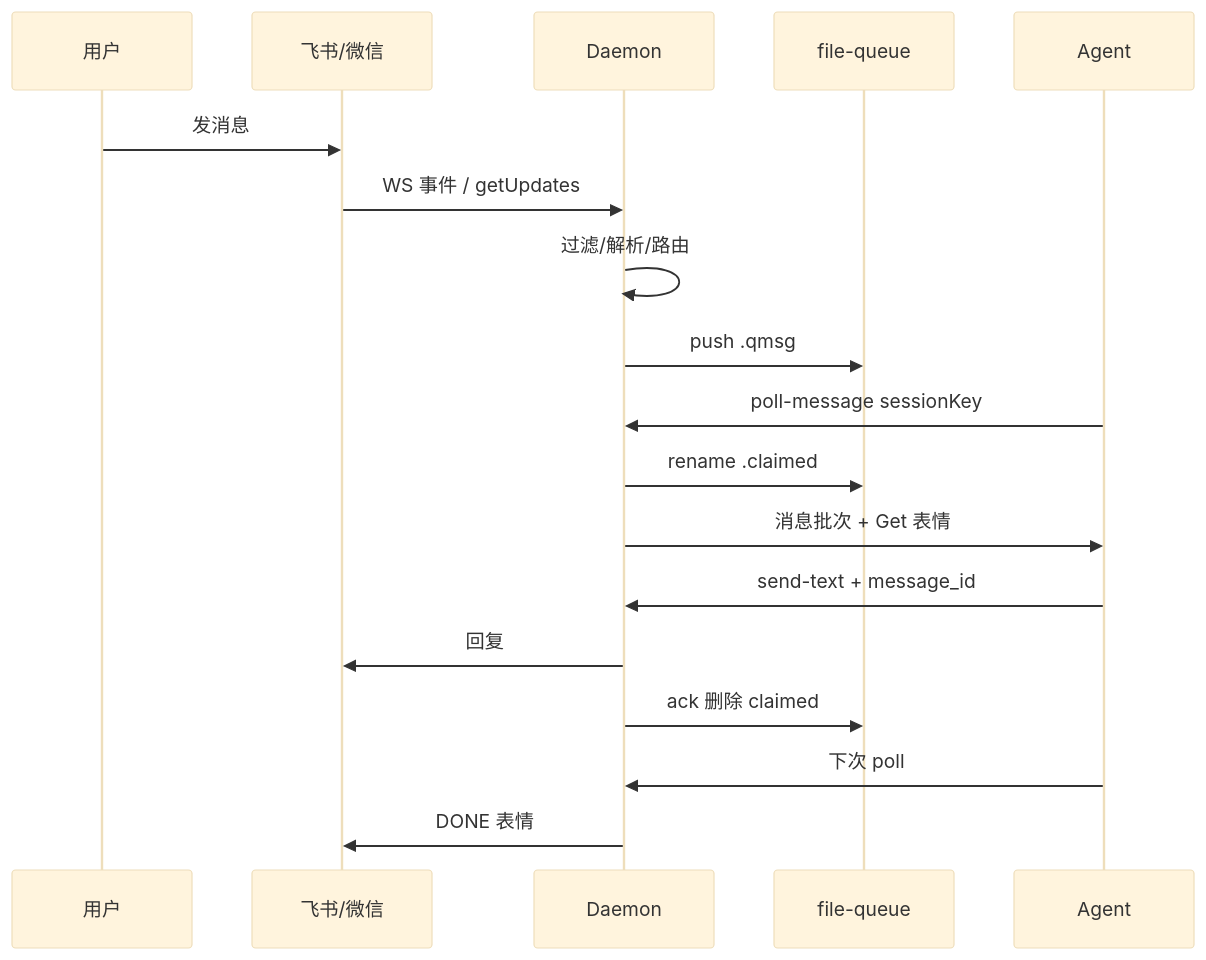
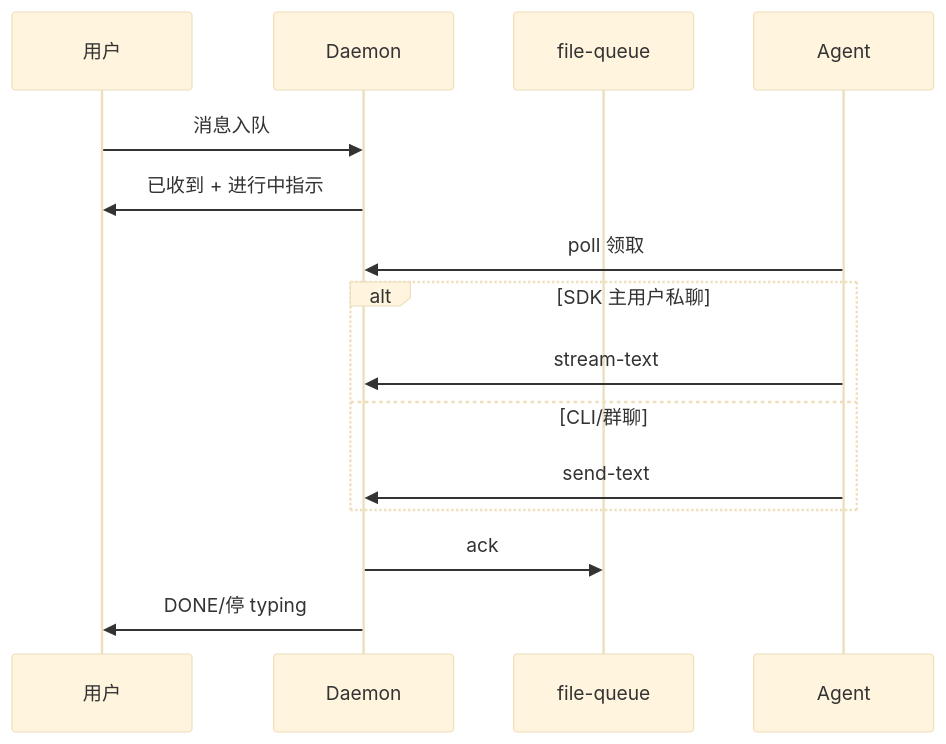
One commit to lk-eternal/cursor-claw changed the second of 3 diagrams in knowledge/业务域/消息桥接/01-概览.md. Above: the diagram before and after it, drawn with Mermaid (base theme). The commit also changed other lines of this file and 19 other files, not shown here.

````diff
--- a/knowledge/业务域/消息桥接/01-概览.md
+++ b/knowledge/业务域/消息桥接/01-概览.md
@@ -38,20 +29,17 @@
 ```mermaid
 sequenceDiagram
   participant U as 用户
-  participant C as 飞书/微信
   participant D as Daemon
   participant Q as file-queue
   participant A as Agent
-  U->>C: 发消息
-  C->>D: WS 事件 / getUpdates
-  D->>D: 过滤/解析/路由
-  D->>Q: push .qmsg
-  A->>D: poll-message sessionKey
-  D->>Q: rename .claimed
-  D->>A: 消息批次 + Get 表情
-  A->>D: send-text + message_id
-  D->>C: 回复
-  D->>Q: ack 删除 claimed
-  A->>D: 下次 poll
-  D->>C: DONE 表情
+  U->>D: 消息入队
+  D->>U: 已收到 + 进行中指示
+  A->>D: poll 领取
+  alt SDK 主用户私聊
+    A->>D: stream-text
+  else CLI/群聊
+    A->>D: send-text
+  end
+  D->>Q: ack
+  D->>U: DONE/停 typing
 ```
````
